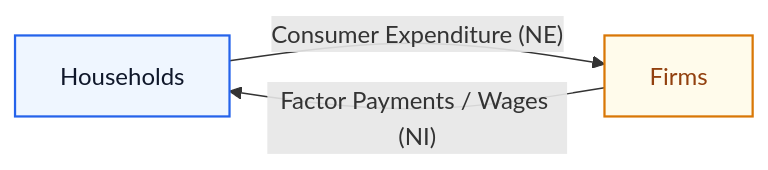
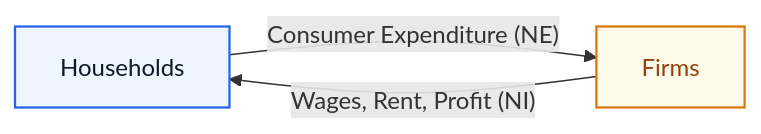
The first of 2 diagrams in academics/finance/Finance_Economics_and_Management_PYQ_Solutions.md (MithunDu404/LRNMetarials), drawn with Mermaid before and after one commit. The commit also changed other lines of this file, not shown here.

````diff
--- a/academics/finance/Finance_Economics_and_Management_PYQ_Solutions.md
+++ b/academics/finance/Finance_Economics_and_Management_PYQ_Solutions.md
@@ -222,8 +239,8 @@
 ```mermaid
 flowchart LR
     classDef primary fill:#EFF6FF,stroke:#2563EB,stroke-width:1.5px,color:#0F172A;
     classDef intermediate fill:#FFFBEB,stroke:#D97706,stroke-width:1.5px,color:#92400E;
     
     H["Households"]:::primary -- "Consumer Expenditure (NE)" --> F["Firms"]:::intermediate
-    F -- "Factor Payments / Wages (NI)" --> H
+    F -- "Wages, Rent, Profit (NI)" --> H
 ```
````
